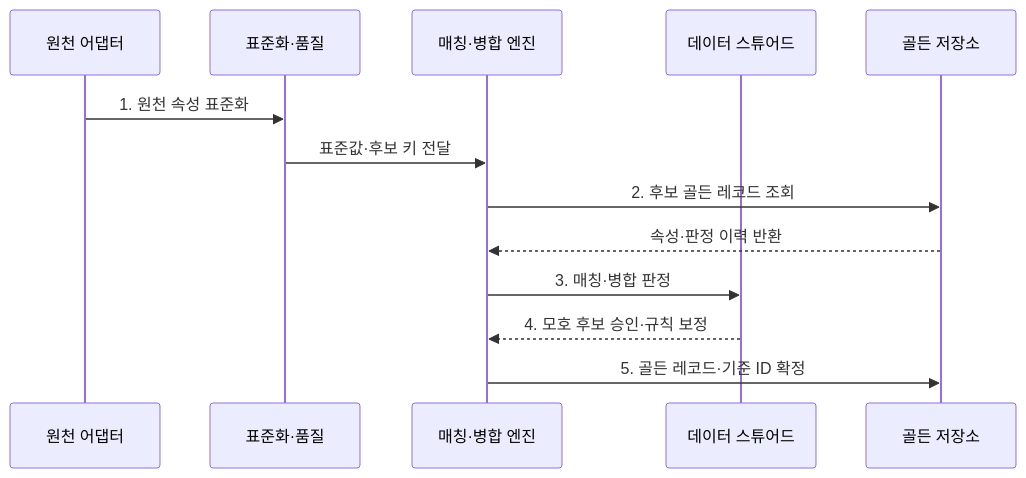
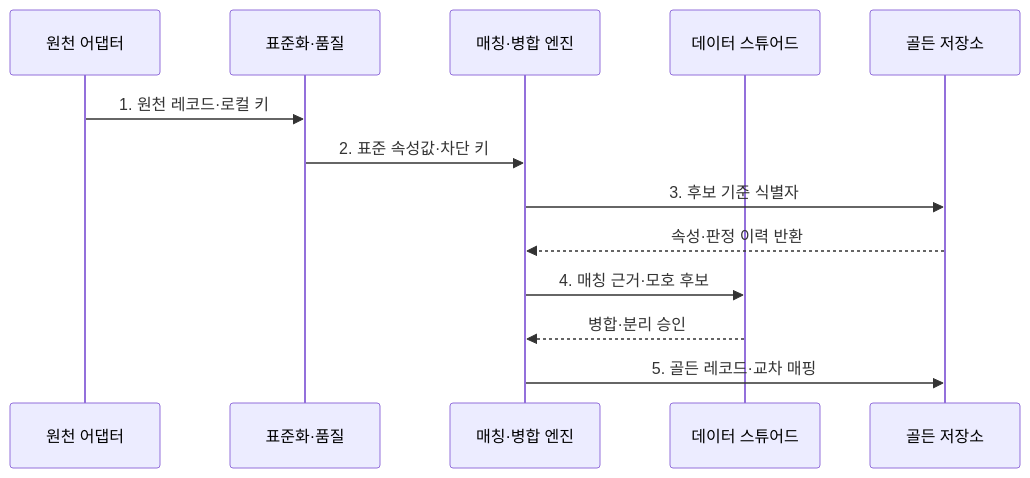
The second of 2 diagrams in src/content/docs/notes/03-software/136_master_data_management.md (agnusdei1207/knowledge-base), drawn with Mermaid before and after one commit. The commit also changed other lines of this file and 20 other files, not shown here.

````diff
--- a/src/content/docs/notes/03-software/136_master_data_management.md
+++ b/src/content/docs/notes/03-software/136_master_data_management.md
@@ -84,15 +94,15 @@
 ```mermaid
 sequenceDiagram
     participant S as 원천 어댑터
     participant N as 표준화·품질
     participant M as 매칭·병합 엔진
     participant A as 데이터 스튜어드
     participant G as 골든 저장소
-    S->>N: 1. 원천 속성 표준화
-    N->>M: 표준값·후보 키 전달
-    M->>G: 2. 후보 골든 레코드 조회
+    S->>N: 1. 원천 레코드·로컬 키
+    N->>M: 2. 표준 속성값·차단 키
+    M->>G: 3. 후보 기준 식별자
     G-->>M: 속성·판정 이력 반환
-    M->>A: 3. 매칭·병합 판정
-    A-->>M: 4. 모호 후보 승인·규칙 보정
-    M->>G: 5. 골든 레코드·기준 ID 확정
+    M->>A: 4. 매칭 근거·모호 후보
+    A-->>M: 병합·분리 승인
+    M->>G: 5. 골든 레코드·교차 매핑
 ```
````
